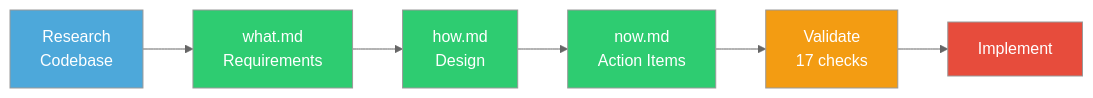
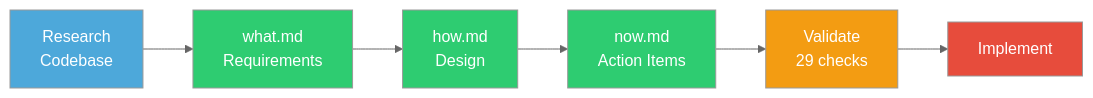
The first of 9 diagrams in README.md (NHadi/AmanahAgent.Blueprint.Skills), drawn with Mermaid (neutral theme) before and after one commit. The commit also changed other lines of this file and 3 other files, not shown here.

````diff
--- a/README.md
+++ b/README.md
@@ -36,15 +36,15 @@
 ```mermaid
 flowchart LR
     A[Research<br/>Codebase] --> B[what.md<br/>Requirements]
     B --> C[how.md<br/>Design]
     C --> D[now.md<br/>Action Items]
-    D --> E[Validate<br/>17 checks]
+    D --> E[Validate<br/>29 checks]
     E --> F[Implement]
 
     style A fill:#4DA8DA,color:#fff
     style B fill:#2ECC71,color:#fff
     style C fill:#2ECC71,color:#fff
     style D fill:#2ECC71,color:#fff
     style E fill:#F39C12,color:#fff
     style F fill:#E74C3C,color:#fff
 ```
````
